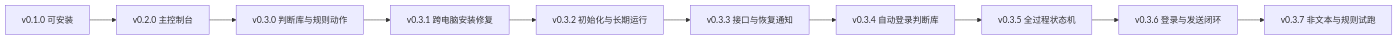
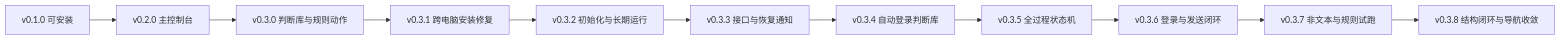
Before and after one commit to JahanHe/wechat-autoreply: the sixth of 9 diagrams in docs/project-journey.md, drawn with Mermaid. The commit also changed other lines of this file and 11 other files, not shown here.

````diff
--- a/docs/project-journey.md
+++ b/docs/project-journey.md
@@ -290,12 +290,13 @@
 ```mermaid
 flowchart LR
   V1["v0.1.0 可安装"] --> V2["v0.2.0 主控制台"]
   V2 --> V30["v0.3.0 判断库与规则动作"]
   V30 --> V31["v0.3.1 跨电脑安装修复"]
   V31 --> V32["v0.3.2 初始化与长期运行"]
   V32 --> V33["v0.3.3 接口与恢复通知"]
   V33 --> V34["v0.3.4 自动登录判断库"]
   V34 --> V35["v0.3.5 全过程状态机"]
   V35 --> V36["v0.3.6 登录与发送闭环"]
   V36 --> V37["v0.3.7 非文本与规则试跑"]
+  V37 --> V38["v0.3.8 结构闭环与导航收敛"]
 ```
````
